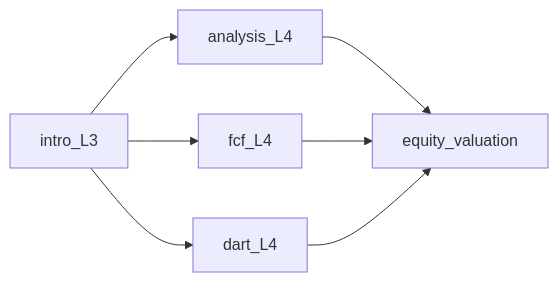
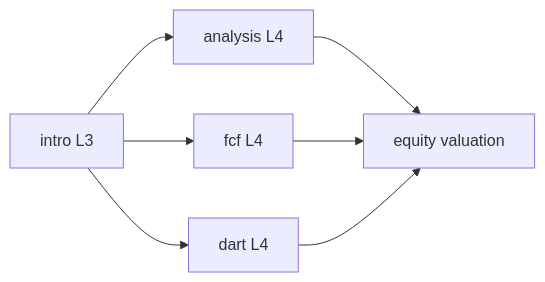
Before and after one commit to goldanghenry/Finances: the second of 3 diagrams in 01-foundations/financial-statements-study-roadmap.md, drawn with Mermaid. The commit also changed other lines of this file and 211 other files, not shown here.

````diff
--- a/01-foundations/financial-statements-study-roadmap.md
+++ b/01-foundations/financial-statements-study-roadmap.md
@@ -136,9 +150,9 @@
 ```mermaid
 flowchart LR
-  Intro[intro_L3] --> Analysis[analysis_L4]
-  Intro --> FCF[fcf_L4]
-  Analysis --> Val[equity_valuation]
+  Intro["intro L3"] --> Analysis["analysis L4"]
+  Intro --> FCF["fcf L4"]
+  Analysis --> Val["equity valuation"]
   FCF --> Val
-  Intro --> Dart[dart_L4]
+  Intro --> Dart["dart L4"]
   Dart --> Val
 ```
````
